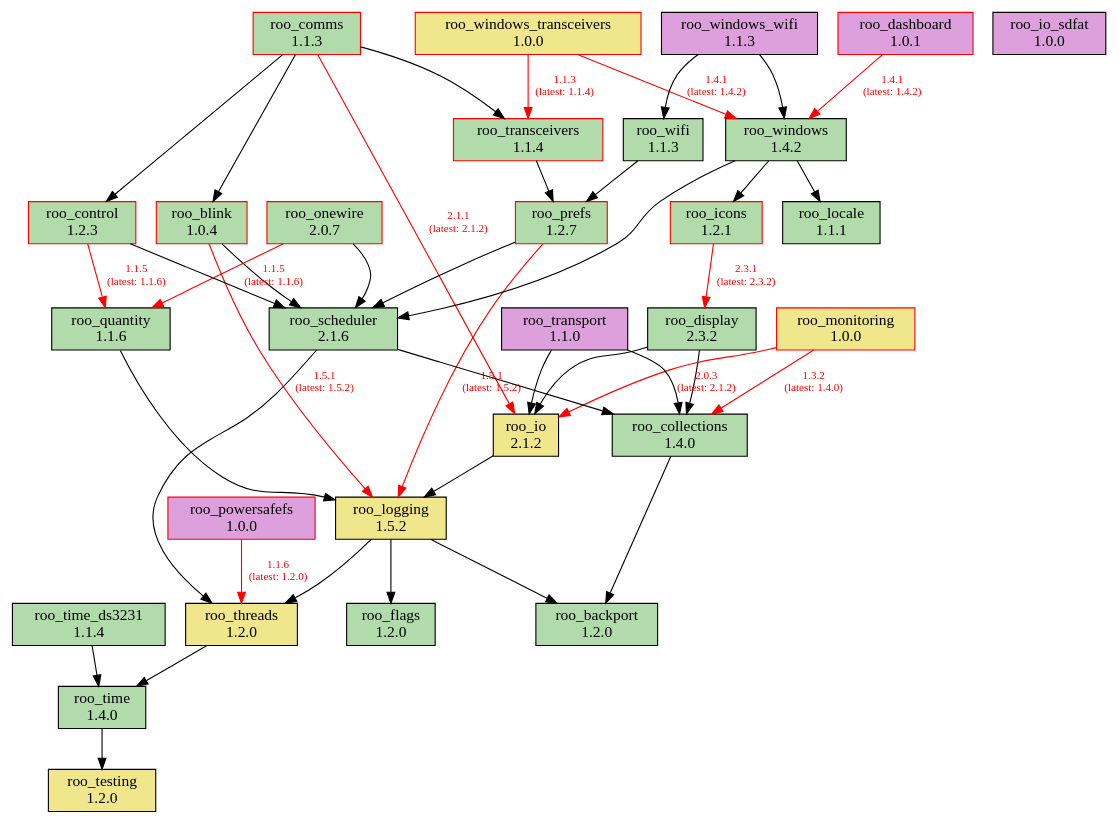
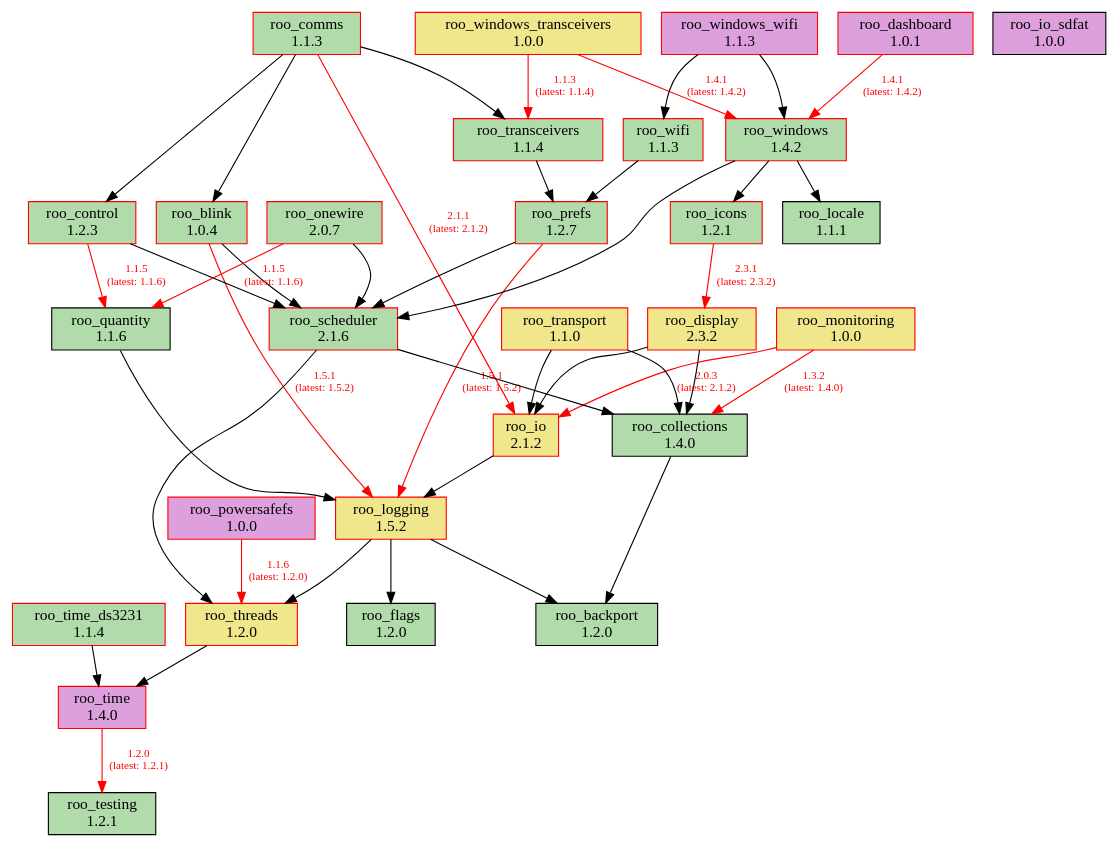
The diagram in doc/dependencies.dot (dejwk/roo-registry), drawn with Graphviz before and after one commit. The commit also changed 3 other files, not shown here.

Commit message:
Added roo_testing 1.2.1 to the registry.

```diff
--- a/doc/dependencies.dot
+++ b/doc/dependencies.dot
@@ -1,79 +1,79 @@
 digraph dependencies {
     rankdir=TB;
     node [shape=box, style=filled];
     edge [fontsize=10];
 
     // Modules
     "roo_backport" [label="roo_backport\n1.2.0", fillcolor="#b1dbab", color="black"];
     "roo_blink" [label="roo_blink\n1.0.4", fillcolor="#b1dbab", color="red"];
     "roo_collections" [label="roo_collections\n1.4.0", fillcolor="#b1dbab", color="black"];
     "roo_comms" [label="roo_comms\n1.1.3", fillcolor="#b1dbab", color="red"];
     "roo_control" [label="roo_control\n1.2.3", fillcolor="#b1dbab", color="red"];
     "roo_dashboard" [label="roo_dashboard\n1.0.1", fillcolor="plum", color="red"];
-    "roo_display" [label="roo_display\n2.3.2", fillcolor="#b1dbab", color="black"];
+    "roo_display" [label="roo_display\n2.3.2", fillcolor="khaki", color="red"];
     "roo_flags" [label="roo_flags\n1.2.0", fillcolor="#b1dbab", color="black"];
     "roo_icons" [label="roo_icons\n1.2.1", fillcolor="#b1dbab", color="red"];
-    "roo_io" [label="roo_io\n2.1.2", fillcolor="khaki", color="black"];
+    "roo_io" [label="roo_io\n2.1.2", fillcolor="khaki", color="red"];
     "roo_io_sdfat" [label="roo_io_sdfat\n1.0.0", fillcolor="plum", color="black"];
     "roo_locale" [label="roo_locale\n1.1.1", fillcolor="#b1dbab", color="black"];
-    "roo_logging" [label="roo_logging\n1.5.2", fillcolor="khaki", color="black"];
+    "roo_logging" [label="roo_logging\n1.5.2", fillcolor="khaki", color="red"];
     "roo_monitoring" [label="roo_monitoring\n1.0.0", fillcolor="khaki", color="red"];
     "roo_onewire" [label="roo_onewire\n2.0.7", fillcolor="#b1dbab", color="red"];
     "roo_powersafefs" [label="roo_powersafefs\n1.0.0", fillcolor="plum", color="red"];
     "roo_prefs" [label="roo_prefs\n1.2.7", fillcolor="#b1dbab", color="red"];
     "roo_quantity" [label="roo_quantity\n1.1.6", fillcolor="#b1dbab", color="black"];
-    "roo_scheduler" [label="roo_scheduler\n2.1.6", fillcolor="#b1dbab", color="black"];
-    "roo_testing" [label="roo_testing\n1.2.0", fillcolor="khaki", color="black"];
-    "roo_threads" [label="roo_threads\n1.2.0", fillcolor="khaki", color="black"];
-    "roo_time" [label="roo_time\n1.4.0", fillcolor="#b1dbab", color="black"];
-    "roo_time_ds3231" [label="roo_time_ds3231\n1.1.4", fillcolor="#b1dbab", color="black"];
+    "roo_scheduler" [label="roo_scheduler\n2.1.6", fillcolor="#b1dbab", color="red"];
+    "roo_testing" [label="roo_testing\n1.2.1", fillcolor="#b1dbab", color="black"];
+    "roo_threads" [label="roo_threads\n1.2.0", fillcolor="khaki", color="red"];
+    "roo_time" [label="roo_time\n1.4.0", fillcolor="plum", color="red"];
+    "roo_time_ds3231" [label="roo_time_ds3231\n1.1.4", fillcolor="#b1dbab", color="red"];
     "roo_transceivers" [label="roo_transceivers\n1.1.4", fillcolor="#b1dbab", color="red"];
-    "roo_transport" [label="roo_transport\n1.1.0", fillcolor="plum", color="black"];
-    "roo_wifi" [label="roo_wifi\n1.1.3", fillcolor="#b1dbab", color="black"];
-    "roo_windows" [label="roo_windows\n1.4.2", fillcolor="#b1dbab", color="black"];
+    "roo_transport" [label="roo_transport\n1.1.0", fillcolor="khaki", color="red"];
+    "roo_wifi" [label="roo_wifi\n1.1.3", fillcolor="#b1dbab", color="red"];
+    "roo_windows" [label="roo_windows\n1.4.2", fillcolor="#b1dbab", color="red"];
     "roo_windows_transceivers" [label="roo_windows_transceivers\n1.0.0", fillcolor="khaki", color="red"];
-    "roo_windows_wifi" [label="roo_windows_wifi\n1.1.3", fillcolor="plum", color="black"];
+    "roo_windows_wifi" [label="roo_windows_wifi\n1.1.3", fillcolor="plum", color="red"];
 
     // Dependencies
     "roo_blink" -> "roo_logging" [color=red, fontcolor=red, label="1.5.1\n(latest: 1.5.2)"];
     "roo_blink" -> "roo_scheduler";
     "roo_collections" -> "roo_backport";
     "roo_comms" -> "roo_blink";
     "roo_comms" -> "roo_control";
     "roo_comms" -> "roo_io" [color=red, fontcolor=red, label="2.1.1\n(latest: 2.1.2)"];
     "roo_comms" -> "roo_transceivers";
     "roo_control" -> "roo_quantity" [color=red, fontcolor=red, label="1.1.5\n(latest: 1.1.6)"];
     "roo_control" -> "roo_scheduler";
     "roo_dashboard" -> "roo_windows" [color=red, fontcolor=red, label="1.4.1\n(latest: 1.4.2)"];
     "roo_display" -> "roo_collections";
     "roo_display" -> "roo_io";
     "roo_icons" -> "roo_display" [color=red, fontcolor=red, label="2.3.1\n(latest: 2.3.2)"];
     "roo_io" -> "roo_logging";
     "roo_logging" -> "roo_backport";
     "roo_logging" -> "roo_flags";
     "roo_logging" -> "roo_threads";
     "roo_monitoring" -> "roo_collections" [color=red, fontcolor=red, label="1.3.2\n(latest: 1.4.0)"];
     "roo_monitoring" -> "roo_io" [color=red, fontcolor=red, label="2.0.3\n(latest: 2.1.2)"];
     "roo_onewire" -> "roo_scheduler";
     "roo_onewire" -> "roo_quantity" [color=red, fontcolor=red, label="1.1.5\n(latest: 1.1.6)"];
     "roo_powersafefs" -> "roo_threads" [color=red, fontcolor=red, label="1.1.6\n(latest: 1.2.0)"];
     "roo_prefs" -> "roo_logging" [color=red, fontcolor=red, label="1.5.1\n(latest: 1.5.2)"];
     "roo_prefs" -> "roo_scheduler";
     "roo_quantity" -> "roo_logging";
     "roo_scheduler" -> "roo_collections";
     "roo_scheduler" -> "roo_threads";
     "roo_threads" -> "roo_time";
-    "roo_time" -> "roo_testing";
+    "roo_time" -> "roo_testing" [color=red, fontcolor=red, label="1.2.0\n(latest: 1.2.1)"];
     "roo_time_ds3231" -> "roo_time";
     "roo_transceivers" -> "roo_prefs";
     "roo_transport" -> "roo_collections";
     "roo_transport" -> "roo_io";
     "roo_wifi" -> "roo_prefs";
     "roo_windows" -> "roo_locale";
     "roo_windows" -> "roo_icons";
     "roo_windows" -> "roo_scheduler";
     "roo_windows_transceivers" -> "roo_transceivers" [color=red, fontcolor=red, label="1.1.3\n(latest: 1.1.4)"];
     "roo_windows_transceivers" -> "roo_windows" [color=red, fontcolor=red, label="1.4.1\n(latest: 1.4.2)"];
     "roo_windows_wifi" -> "roo_wifi";
     "roo_windows_wifi" -> "roo_windows";
 }
```
